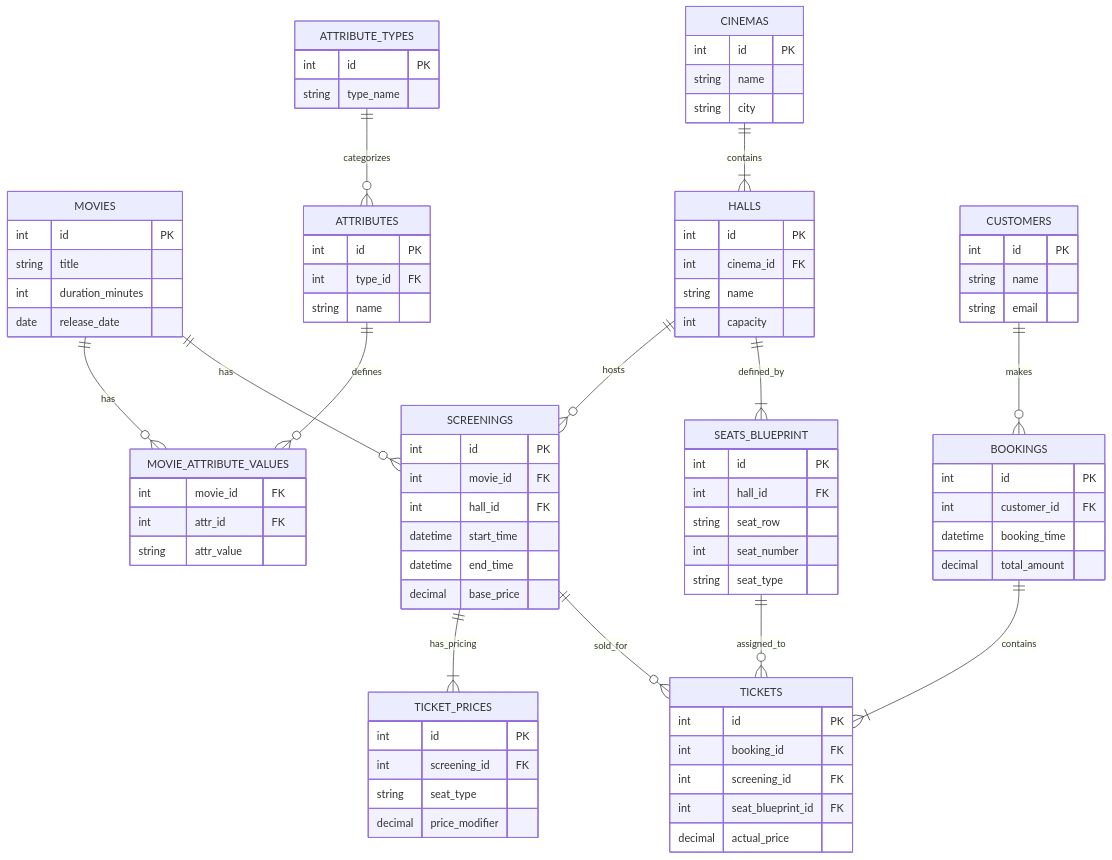
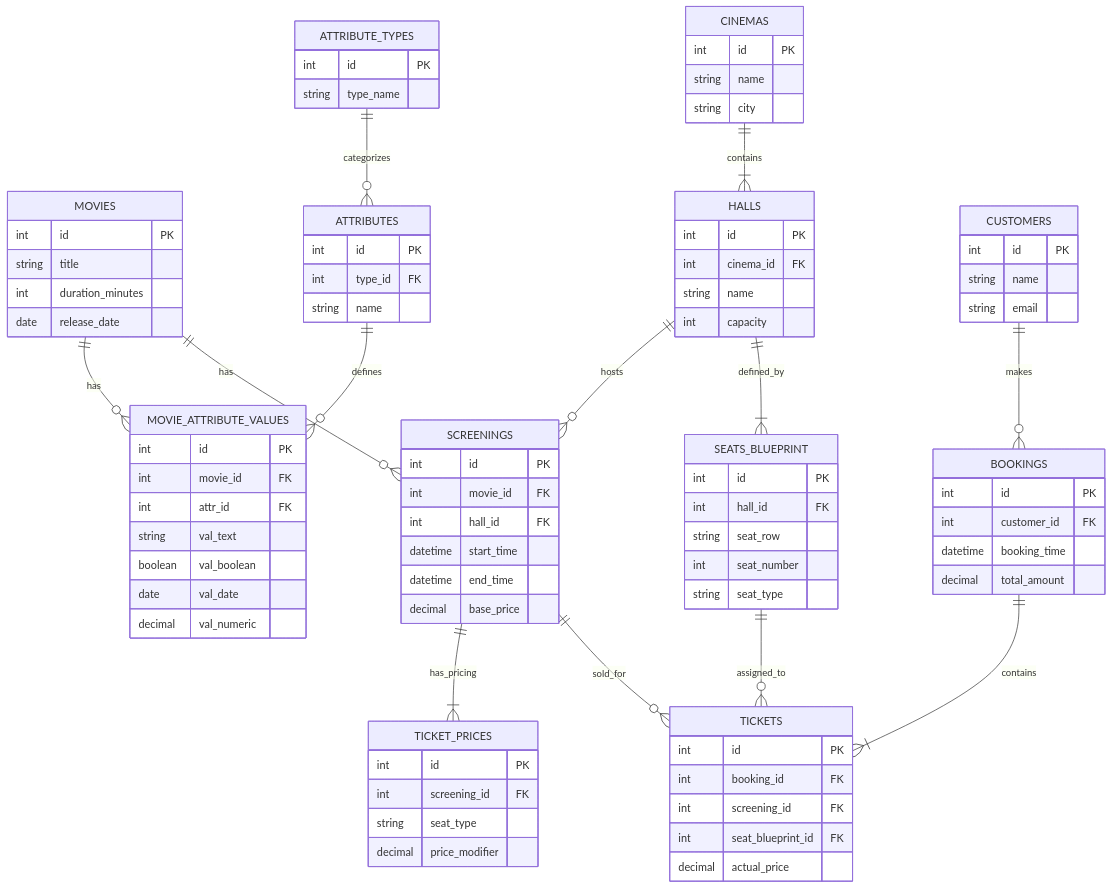
The diagram in README.md (otusteamedu/PHP_2026), drawn with Mermaid before and after one commit.

````diff
--- a/README.md
+++ b/README.md
@@ -122,8 +122,12 @@
         string name
     }
     MOVIE_ATTRIBUTE_VALUES {
+        int id PK
         int movie_id FK
         int attr_id FK
-        string attr_value
+        string val_text
+        boolean val_boolean
+        date val_date
+        decimal val_numeric
     }
 ```
````
